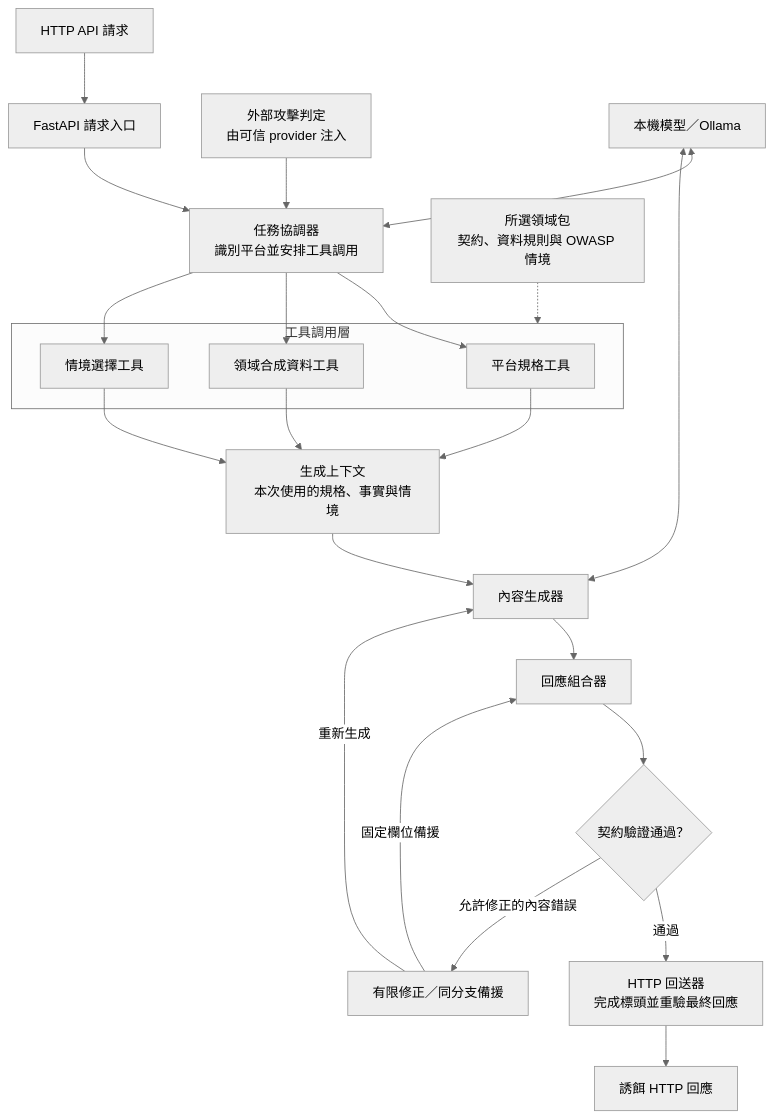
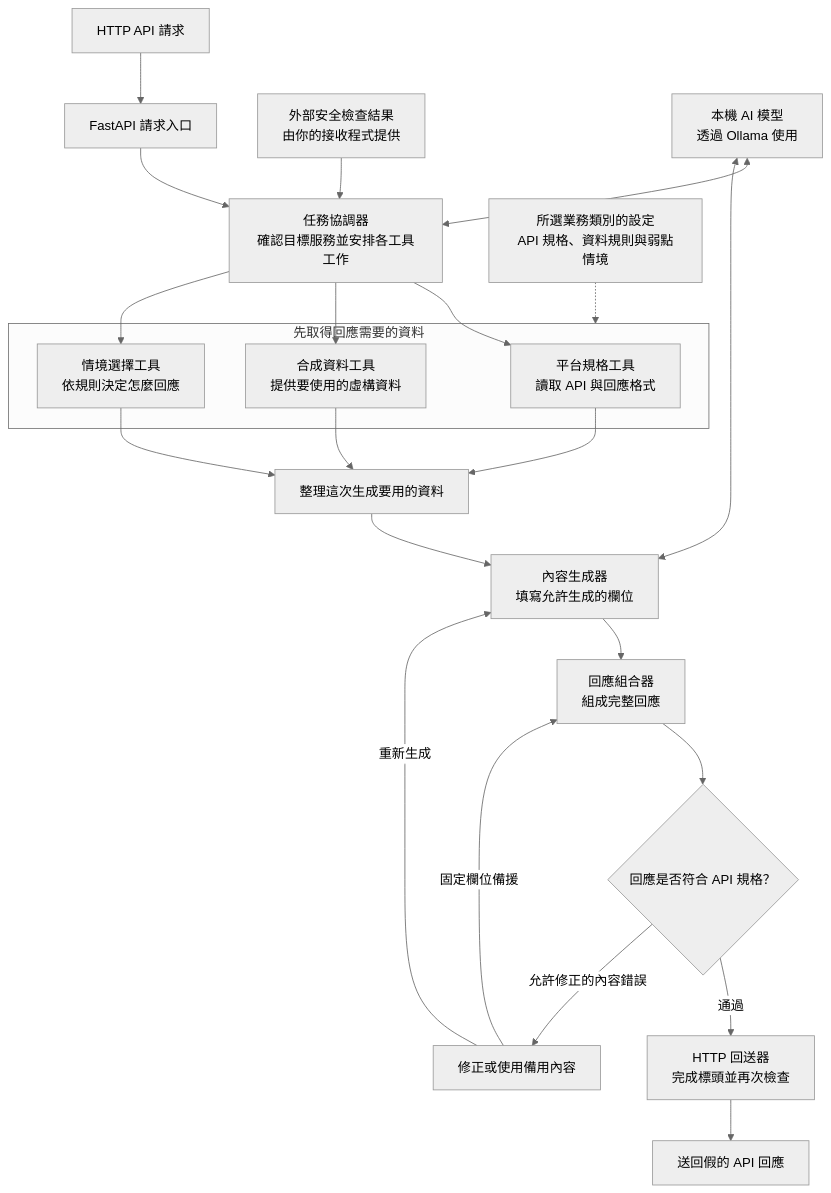
One commit to IAN40070510/Mirage_API changed the diagram in README.md. Above: the diagram before and after it, drawn with Mermaid (neutral theme). The commit also changed other lines of this file and 6 other files, not shown here.

First line of the commit message:
Refactor documentation for attack assessment and provider integration

````diff
--- a/README.md
+++ b/README.md
@@ -17,31 +17,31 @@
 ```mermaid
 flowchart TB
     request["HTTP API 請求"] --> ingress["FastAPI 請求入口"]
-    ingress --> orchestrator["任務協調器<br/>識別平台並安排工具調用"]
-    assessment["外部攻擊判定<br/>由可信 provider 注入"] --> orchestrator
+    ingress --> orchestrator["任務協調器<br/>確認目標服務並安排各工具工作"]
+    assessment["外部安全檢查結果<br/>由你的接收程式提供"] --> orchestrator
 
-    subgraph tools["工具調用層"]
-        profile["平台規格工具"]
-        data["領域合成資料工具"]
-        scenario["情境選擇工具"]
+    subgraph tools["先取得回應需要的資料"]
+        profile["平台規格工具<br/>讀取 API 與回應格式"]
+        data["合成資料工具<br/>提供要使用的虛構資料"]
+        scenario["情境選擇工具<br/>依規則決定怎麼回應"]
     end
 
     orchestrator --> profile
     orchestrator --> data
     orchestrator --> scenario
-    profile --> context["生成上下文<br/>本次使用的規格、事實與情境"]
+    profile --> context["整理這次生成要用的資料"]
     data --> context
     scenario --> context
-    context --> generate["內容生成器"]
-    model["本機模型／Ollama"] <--> orchestrator
+    context --> generate["內容生成器<br/>填寫允許生成的欄位"]
+    model["本機 AI 模型<br/>透過 Ollama 使用"] <--> orchestrator
     model <--> generate
-    generate --> compose["回應組合器"]
-    compose --> validate{"契約驗證通過？"}
-    validate -->|通過| render["HTTP 回送器<br/>完成標頭並重驗最終回應"]
-    render --> response["誘餌 HTTP 回應"]
-    validate -->|允許修正的內容錯誤| recover["有限修正／同分支備援"]
+    generate --> compose["回應組合器<br/>組成完整回應"]
+    compose --> validate{"回應是否符合 API 規格？"}
+    validate -->|通過| render["HTTP 回送器<br/>完成標頭並再次檢查"]
+    render --> response["送回假的 API 回應"]
+    validate -->|允許修正的內容錯誤| recover["修正或使用備用內容"]
     recover -->|重新生成| generate
     recover -->|固定欄位備援| compose
 
-    domain["所選領域包<br/>契約、資料規則與 OWASP 情境"] -.-> tools
+    domain["所選業務類別的設定<br/>API 規格、資料規則與弱點情境"] -.-> tools
 ```
````
